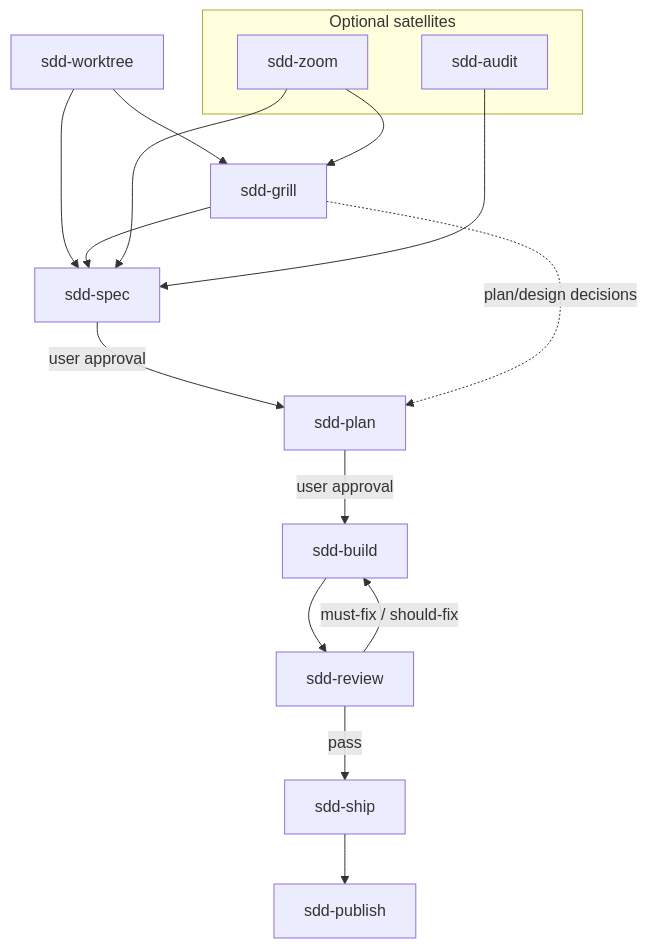
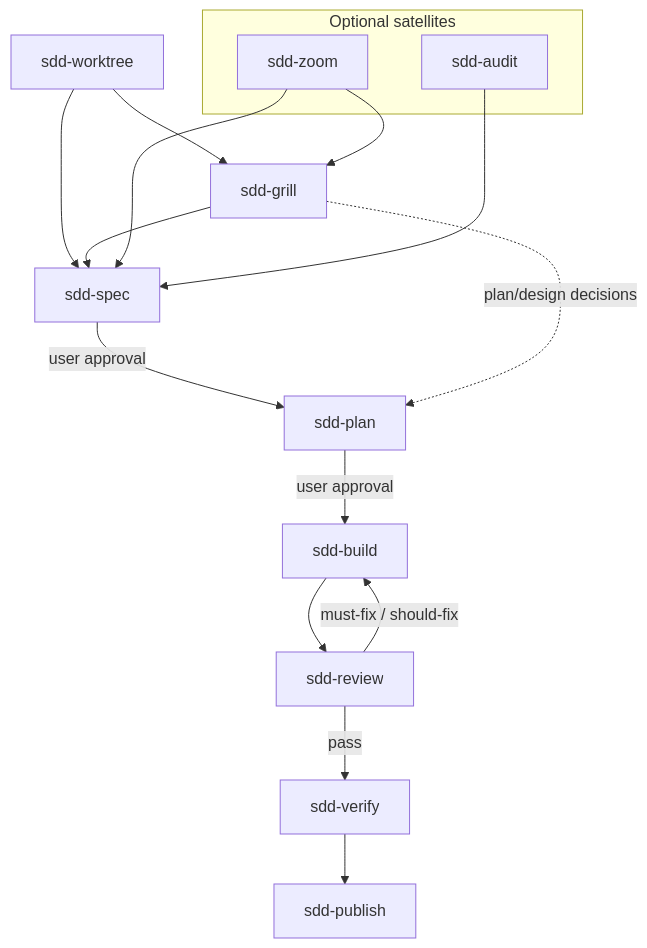
The diagram in README.md (zhijunio/sdd-skills), drawn with Mermaid before and after one commit. The commit also changed other lines of this file and 18 other files, not shown here.

First line of the commit message:
refactor: sdd-ship 重命名为 sdd-verify，精简 audit handoff

````diff
--- a/README.md
+++ b/README.md
@@ -34,24 +34,24 @@
 ```mermaid
 flowchart TD
   W[sdd-worktree]
   G[sdd-grill]
   subgraph satellites["Optional satellites"]
     Z[sdd-zoom]
     I[sdd-audit]
   end
 
   S[sdd-spec] -->|user approval| P[sdd-plan]
   P -->|user approval| B[sdd-build]
   B --> R[sdd-review]
   R -->|must-fix / should-fix| B
-  R -->|pass| SH[sdd-ship]
-  SH --> PUB[sdd-publish]
+  R -->|pass| VF[sdd-verify]
+  VF --> PUB[sdd-publish]
 
   W --> S
   W --> G
   G --> S
   G -.->|plan/design decisions| P
   Z --> S
   Z --> G
   I --> S
 ```
````
